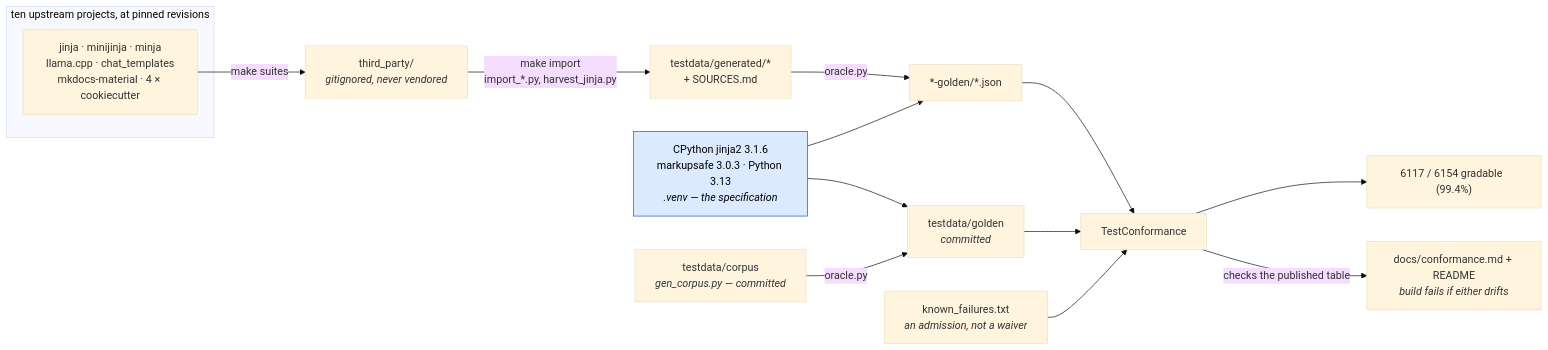
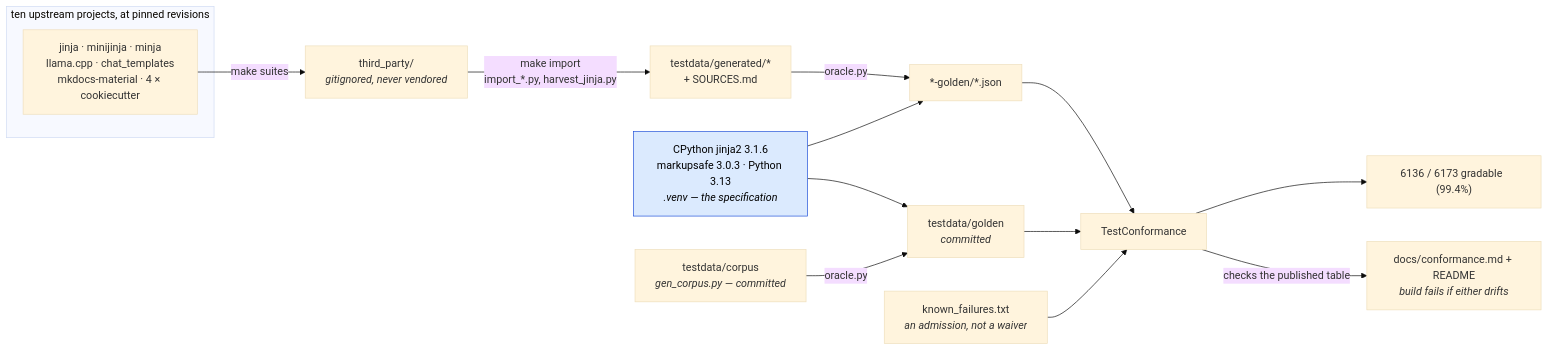
The first of 2 diagrams in docs/conformance.md (mgilbir/gojja2), drawn with Mermaid (base theme) before and after one commit. The commit also changed other lines of this file and 59 other files, not shown here.

````diff
--- a/docs/conformance.md
+++ b/docs/conformance.md
@@ -17,24 +17,24 @@
 ```mermaid
 flowchart LR
     subgraph up["ten upstream projects, at pinned revisions"]
         U1["jinja · minijinja · minja<br/>llama.cpp · chat_templates<br/>mkdocs-material · 4 × cookiecutter"]
     end
     U1 -->|"make suites"| TP["third_party/<br/><i>gitignored, never vendored</i>"]
     TP -->|"make import<br/>import_*.py, harvest_jinja.py"| GEN["testdata/generated/*<br/>+ SOURCES.md"]
 
     ORA["CPython jinja2 3.1.6<br/>markupsafe 3.0.3 · Python 3.13<br/><i>.venv — the specification</i>"]
     GEN -->|"oracle.py"| G2["*-golden/*.json"]
     ORA --> G2
 
     OWN["testdata/corpus<br/><i>gen_corpus.py — committed</i>"] -->|"oracle.py"| G1["testdata/golden<br/><i>committed</i>"]
     ORA --> G1
 
     G1 --> TC["TestConformance"]
     G2 --> TC
     KF["known_failures.txt<br/><i>an admission, not a waiver</i>"] --> TC
-    TC --> RATE["6117 / 6154 gradable  (99.4%)"]
+    TC --> RATE["6136 / 6173 gradable  (99.4%)"]
     TC -->|"checks the published table"| RM["docs/conformance.md + README<br/><i>build fails if either drifts</i>"]
 
     classDef spec fill:#dbeafe,stroke:#1d4ed8,color:#000
     class ORA spec
 ```
````
